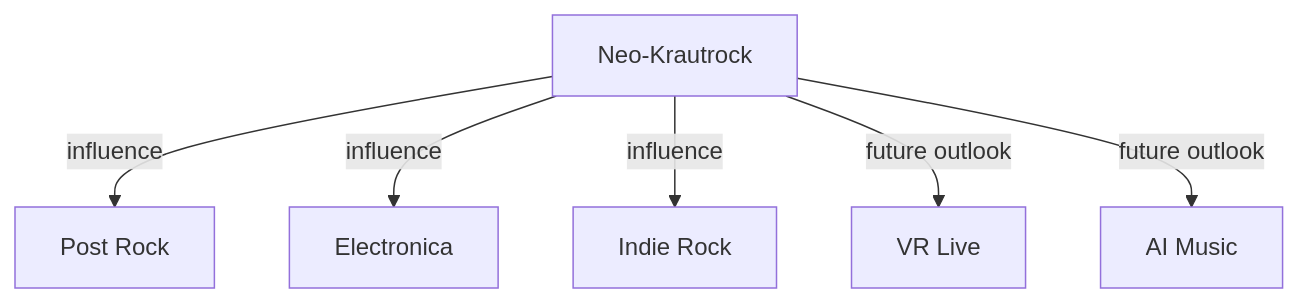
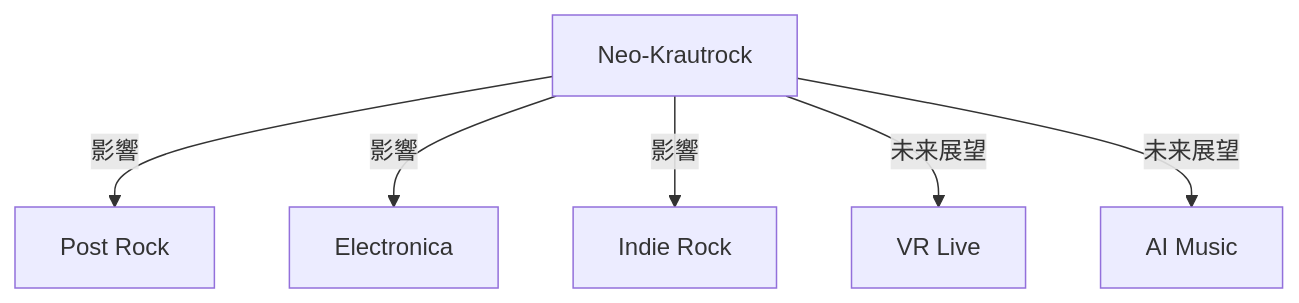
One commit to monumental-movement/monumental-movement.github.io changed the fourth of 4 diagrams in en/_posts/2025-12-02-column-neo-krautrock.md. Above: the diagram before and after it, drawn with Mermaid. The commit also changed other lines of this file and 2196 other files, not shown here.

```diff
--- a/en/_posts/2025-12-02-column-neo-krautrock.md
+++ b/en/_posts/2025-12-02-column-neo-krautrock.md
@@ -167,8 +167,8 @@
 <div class="mermaid">
 flowchart TD
-    NeoKrautrock["Neo-Krautrock"] -->|influence| PostRock["Post Rock"]
-    NeoKrautrock -->|influence| Electronica["Electronica"]
-    NeoKrautrock -->|influence| IndieRock["Indie Rock"]
-    NeoKrautrock -->|future outlook| VRLive["VR Live"]
-    NeoKrautrock -->|future outlook| AIMusic["AI Music"]
+    NeoKrautrock["Neo-Krautrock"] -->|影響| PostRock["Post Rock"]
+    NeoKrautrock -->|影響| Electronica["Electronica"]
+    NeoKrautrock -->|影響| IndieRock["Indie Rock"]
+    NeoKrautrock -->|未来展望| VRLive["VR Live"]
+    NeoKrautrock -->|未来展望| AIMusic["AI Music"]
 </div>
```
